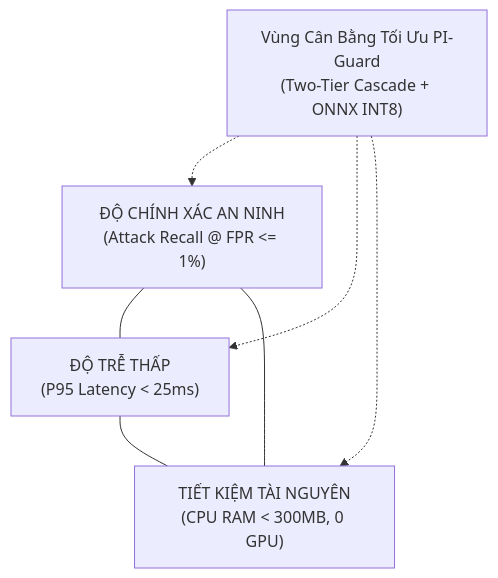
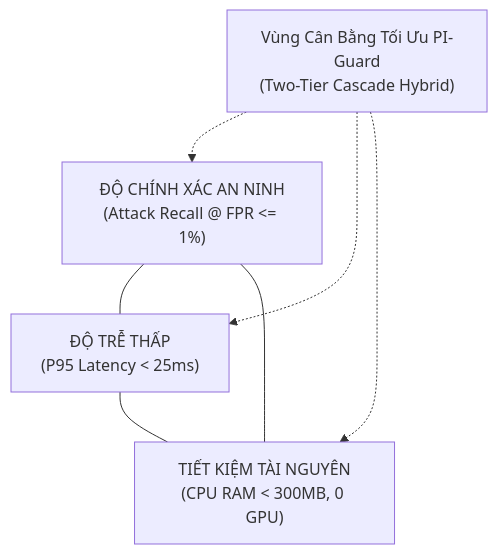
The first of 2 diagrams in Github-Page/evaluation_study/pareto_frontier.md (nvtruongops/pi-guard), drawn with Mermaid before and after one commit. The commit also changed other lines of this file and 184 other files, not shown here.

````diff
--- a/Github-Page/evaluation_study/pareto_frontier.md
+++ b/Github-Page/evaluation_study/pareto_frontier.md
@@ -14,12 +14,12 @@
 ```mermaid
 flowchart TD
     Acc["ĐỘ CHÍNH XÁC AN NINH<br/>(Attack Recall @ FPR <= 1%)"]
     Lat["ĐỘ TRỄ THẤP<br/>(P95 Latency < 25ms)"]
     Res["TIẾT KIỆM TÀI NGUYÊN<br/>(CPU RAM < 300MB, 0 GPU)"]
     Acc --- Lat
     Lat --- Res
     Res --- Acc
-    Opt["Vùng Cân Bằng Tối Ưu PI-Guard<br/>(Two-Tier Cascade + ONNX INT8)"] -.-> Acc
+    Opt["Vùng Cân Bằng Tối Ưu PI-Guard<br/>(Two-Tier Cascade Hybrid)"] -.-> Acc
     Opt -.-> Lat
     Opt -.-> Res
 ```
````
